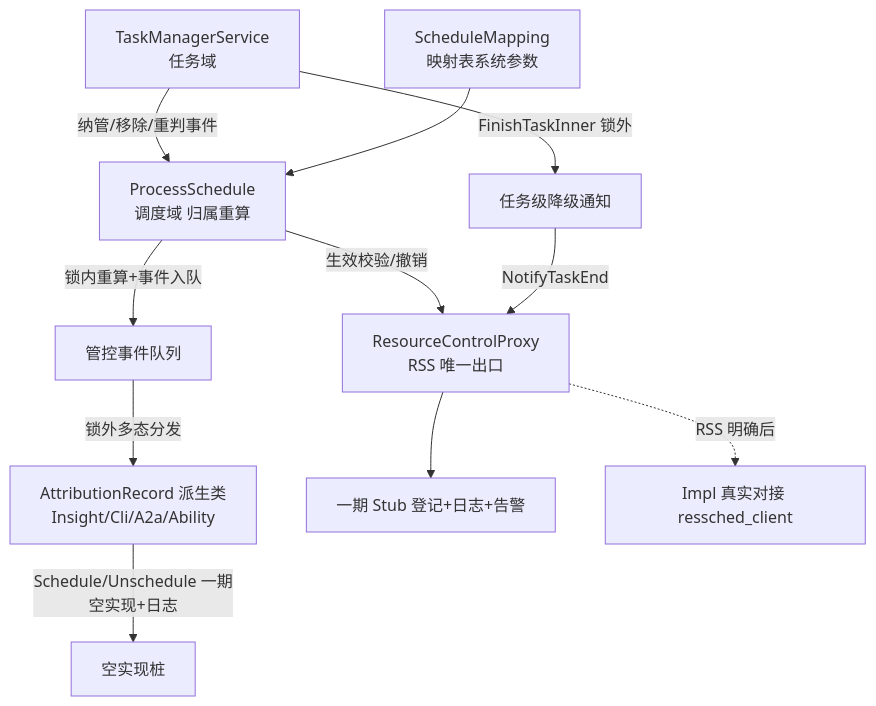
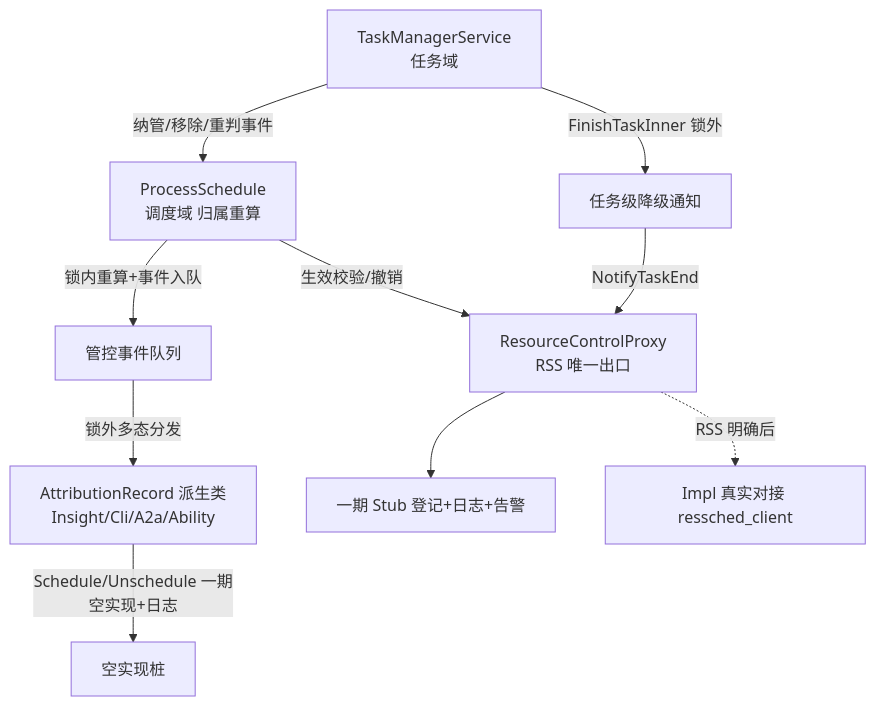
Before and after one commit to xuanjiazhen/ability_ability_runtime: the first of 3 diagrams in .codespec/changes/20260914692272/design.md, drawn with Mermaid. The commit also changed other lines of this file and 21 other files, not shown here.

````diff
--- a/.codespec/changes/20260914692272/design.md
+++ b/.codespec/changes/20260914692272/design.md
@@ -233,13 +230,12 @@
 ```mermaid
 graph TD
     TM[TaskManagerService<br/>任务域] -->|纳管/移除/重判事件| PS[ProcessSchedule<br/>调度域 归属重算]
     TM -->|FinishTaskInner 锁外| ND[任务级降级通知]
     PS -->|锁内重算+事件入队| Q[管控事件队列]
     Q -->|锁外多态分发| AR[AttributionRecord 派生类<br/>Insight/Cli/A2a/Ability]
     AR -->|Schedule/Unschedule 一期空实现+日志| STUB[空实现桩]
     PS -->|生效校验/撤销| RCP[ResourceControlProxy<br/>RSS 唯一出口]
     ND -->|NotifyTaskEnd| RCP
     RCP --> STUB2[一期 Stub 登记+日志+告警]
     RCP -.RSS 明确后.-> IMPL[Impl 真实对接 ressched_client]
-    MAP[ScheduleMapping<br/>映射表系统参数] --> PS
 ```
````
